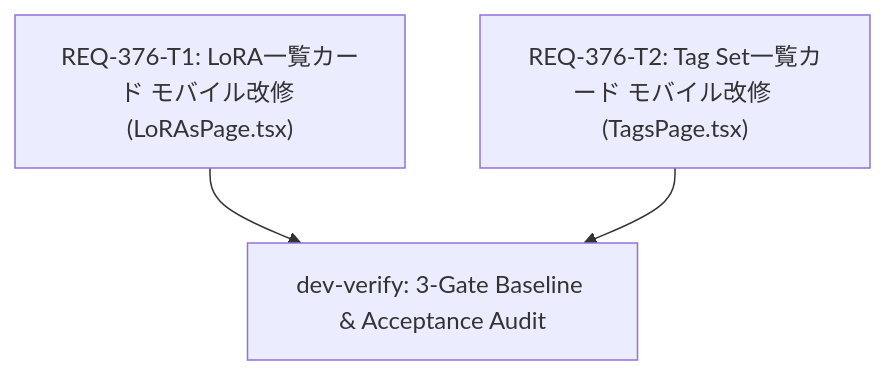
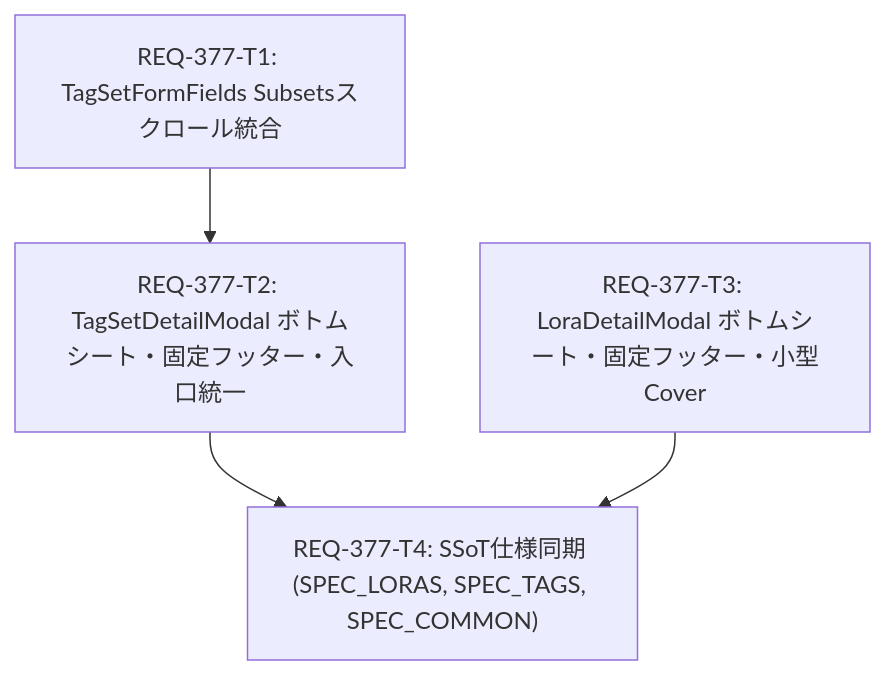
Before and after one commit to TAKE4548/comfy-create-helper2: the diagram in implementation_plan.md, drawn with Mermaid. The commit also changed other lines of this file and 24 other files, not shown here.

````diff
--- a/implementation_plan.md
+++ b/implementation_plan.md
@@ -88,8 +40,7 @@
 ```mermaid
 graph TD
-  REQ-376-T1["REQ-376-T1: LoRA一覧カード モバイル改修 (LoRAsPage.tsx)"]
-  REQ-376-T2["REQ-376-T2: Tag Set一覧カード モバイル改修 (TagsPage.tsx)"]
-  REQ-376-VERIFY["dev-verify: 3-Gate Baseline & Acceptance Audit"]
-  REQ-376-T1 --> REQ-376-VERIFY
-  REQ-376-T2 --> REQ-376-VERIFY
+  REQ-377-T1["REQ-377-T1: TagSetFormFields Subsetsスクロール統合"] --> REQ-377-T2["REQ-377-T2: TagSetDetailModal ボトムシート・固定フッター・入口統一"]
+  REQ-377-T3["REQ-377-T3: LoraDetailModal ボトムシート・固定フッター・小型Cover"]
+  REQ-377-T2 --> REQ-377-T4["REQ-377-T4: SSoT仕様同期 (SPEC_LORAS, SPEC_TAGS, SPEC_COMMON)"]
+  REQ-377-T3 --> REQ-377-T4
 ```
````
